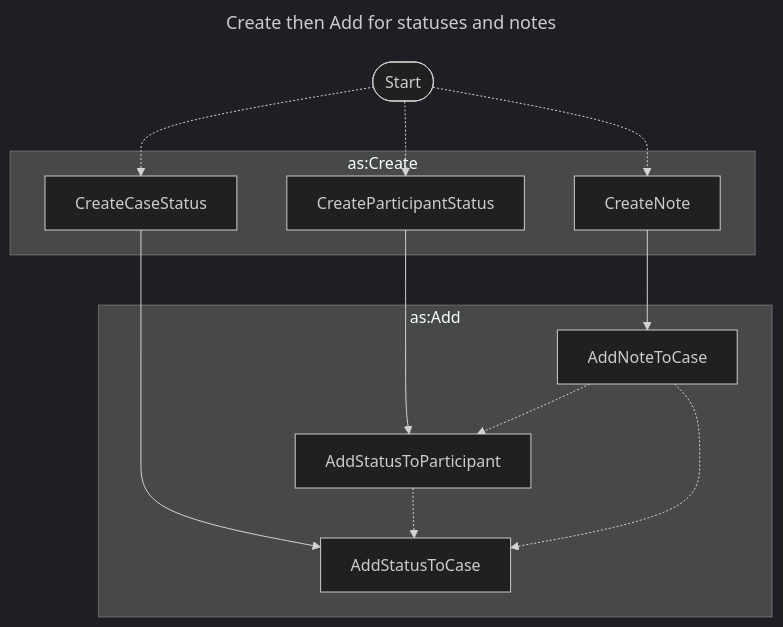
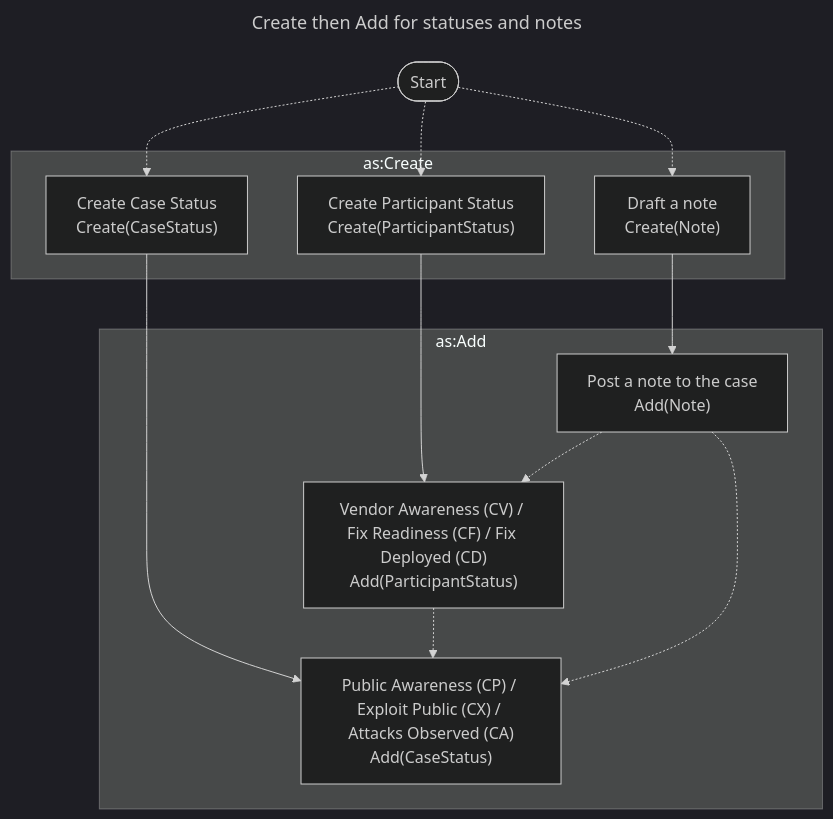
One commit to CERTCC/Vultron changed the second of 4 diagrams in docs/topics/activity_vocabulary_design.md. Above: the diagram before and after it, drawn with Mermaid (dark theme). The commit also changed other lines of this file and 21 other files, not shown here.

````diff
--- a/docs/topics/activity_vocabulary_design.md
+++ b/docs/topics/activity_vocabulary_design.md
@@ -155,26 +140,26 @@
 ```mermaid
 ---
 title: Create then Add for statuses and notes
 ---
 flowchart TB
     subgraph as:Add
-        AddNoteToCase
-        AddStatusToCase
-        AddStatusToParticipant
+        AddNoteToCase["Post a note to the case<br/>Add(Note)"]
+        AddStatusToCase["Public Awareness (CP) / Exploit Public (CX) / Attacks Observed (CA)<br/>Add(CaseStatus)"]
+        AddStatusToParticipant["Vendor Awareness (CV) / Fix Readiness (CF) / Fix Deployed (CD)<br/>Add(ParticipantStatus)"]
     end
     subgraph as:Create
-        CreateNote
-        CreateParticipantStatus
-        CreateCaseStatus
+        CreateNote["Draft a note<br/>Create(Note)"]
+        CreateParticipantStatus["Create Participant Status<br/>Create(ParticipantStatus)"]
+        CreateCaseStatus["Create Case Status<br/>Create(CaseStatus)"]
     end
     start([Start])
     start -.-> CreateCaseStatus
     start -.-> CreateParticipantStatus
     start -.-> CreateNote
     CreateNote --> AddNoteToCase
     CreateCaseStatus --> AddStatusToCase
     CreateParticipantStatus --> AddStatusToParticipant
     AddStatusToParticipant -.-> AddStatusToCase
     AddNoteToCase -.-> AddStatusToParticipant
     AddNoteToCase -.-> AddStatusToCase
 ```
````
